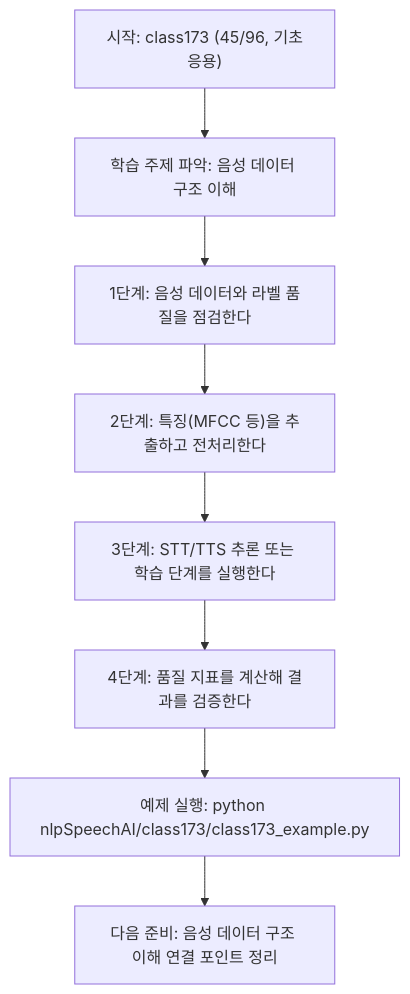
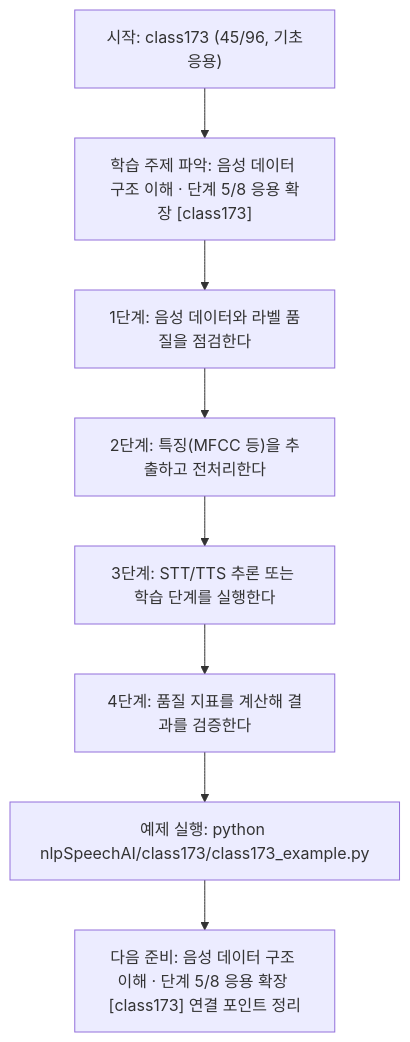
Before and after one commit to edumgt/Python-AI_Agent-Class: the diagram in nlpSpeechAI/class173/class173.md, drawn with Mermaid. The commit also changed other lines of this file and 522 other files, not shown here.

````diff
--- a/nlpSpeechAI/class173/class173.md
+++ b/nlpSpeechAI/class173/class173.md
@@ -114,18 +115,18 @@
 ```mermaid
 flowchart TD
 N1["시작: class173 (45/96, 기초응용)"]
-N2["학습 주제 파악: 음성 데이터 구조 이해"]
+N2["학습 주제 파악: 음성 데이터 구조 이해 · 단계 5/8 응용 확장 [class173]"]
 N3["1단계: 음성 데이터와 라벨 품질을 점검한다"]
 N4["2단계: 특징(MFCC 등)을 추출하고 전처리한다"]
 N5["3단계: STT/TTS 추론 또는 학습 단계를 실행한다"]
 N6["4단계: 품질 지표를 계산해 결과를 검증한다"]
 N7["예제 실행: python nlpSpeechAI/class173/class173_example.py"]
-N8["다음 준비: 음성 데이터 구조 이해 연결 포인트 정리"]
+N8["다음 준비: 음성 데이터 구조 이해 · 단계 5/8 응용 확장 [class173] 연결 포인트 정리"]
 N1 --> N2
 N2 --> N3
 N3 --> N4
 N4 --> N5
 N5 --> N6
 N6 --> N7
 N7 --> N8
 ```
````
